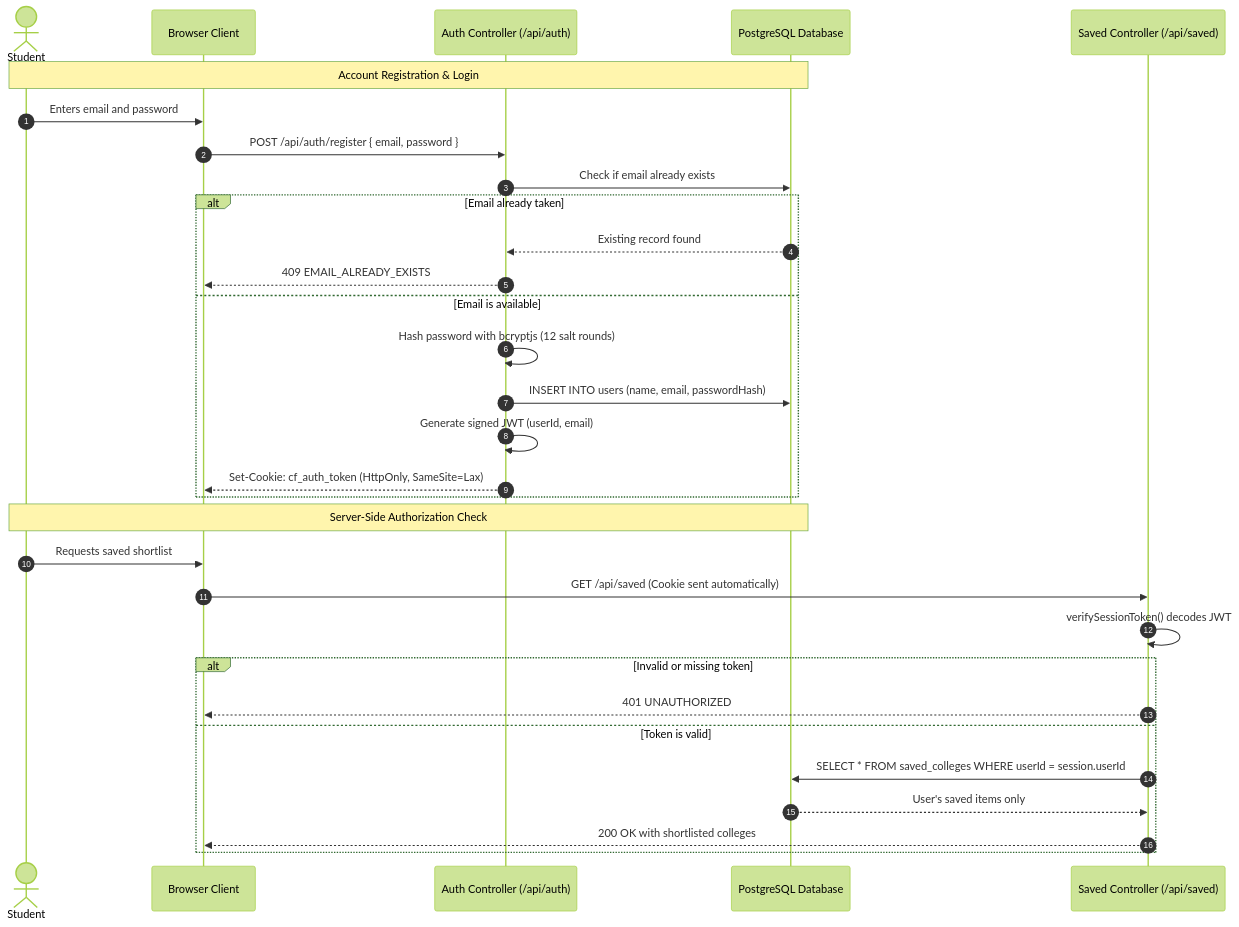
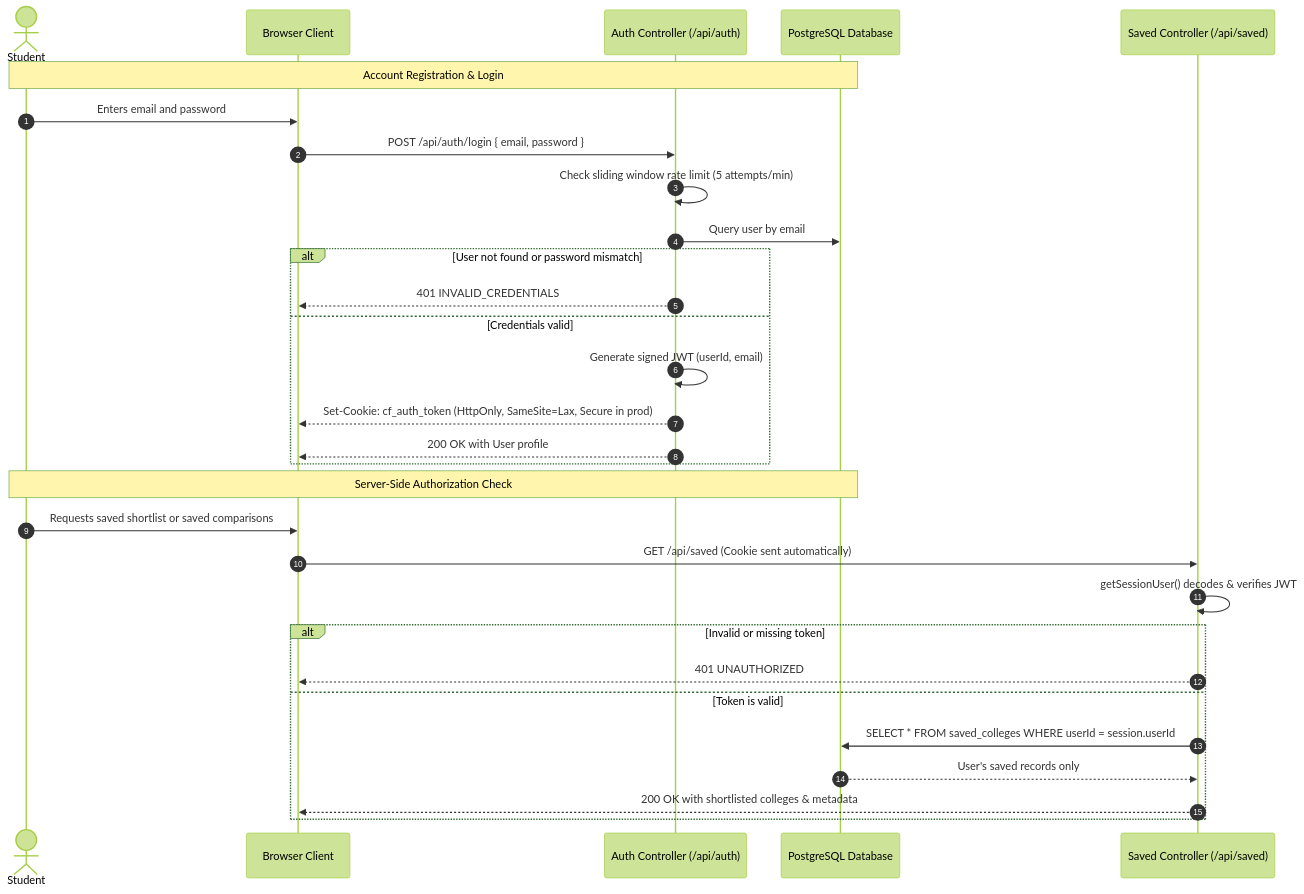
One commit to sheetanshumohan/College-Discovery-Platform changed the fourth of 4 diagrams in README.md. Above: the diagram before and after it, drawn with Mermaid (forest theme). The commit also changed other lines of this file and 7 other files, not shown here.

````diff
--- a/README.md
+++ b/README.md
@@ -256,35 +284,34 @@
 ```mermaid
 sequenceDiagram
     autonumber
     actor User as Student
     participant Browser as Browser Client
     participant AuthAPI as Auth Controller (/api/auth)
     participant DB as PostgreSQL Database
     participant ProtectedAPI as Saved Controller (/api/saved)
 
     Note over User, DB: Account Registration & Login
     User->>Browser: Enters email and password
-    Browser->>AuthAPI: POST /api/auth/register { email, password }
-    AuthAPI->>DB: Check if email already exists
-    alt Email already taken
-        DB-->>AuthAPI: Existing record found
-        AuthAPI-->>Browser: 409 EMAIL_ALREADY_EXISTS
-    else Email is available
-        AuthAPI->>AuthAPI: Hash password with bcryptjs (12 salt rounds)
-        AuthAPI->>DB: INSERT INTO users (name, email, passwordHash)
+    Browser->>AuthAPI: POST /api/auth/login { email, password }
+    AuthAPI->>AuthAPI: Check sliding window rate limit (5 attempts/min)
+    AuthAPI->>DB: Query user by email
+    alt User not found or password mismatch
+        AuthAPI-->>Browser: 401 INVALID_CREDENTIALS
+    else Credentials valid
         AuthAPI->>AuthAPI: Generate signed JWT (userId, email)
-        AuthAPI-->>Browser: Set-Cookie: cf_auth_token (HttpOnly, SameSite=Lax)
+        AuthAPI-->>Browser: Set-Cookie: cf_auth_token (HttpOnly, SameSite=Lax, Secure in prod)
+        AuthAPI-->>Browser: 200 OK with User profile
     end
 
     Note over User, DB: Server-Side Authorization Check
-    User->>Browser: Requests saved shortlist
+    User->>Browser: Requests saved shortlist or saved comparisons
     Browser->>ProtectedAPI: GET /api/saved (Cookie sent automatically)
-    ProtectedAPI->>ProtectedAPI: verifySessionToken() decodes JWT
+    ProtectedAPI->>ProtectedAPI: getSessionUser() decodes & verifies JWT
     alt Invalid or missing token
         ProtectedAPI-->>Browser: 401 UNAUTHORIZED
     else Token is valid
         ProtectedAPI->>DB: SELECT * FROM saved_colleges WHERE userId = session.userId
-        DB-->>ProtectedAPI: User's saved items only
-        ProtectedAPI-->>Browser: 200 OK with shortlisted colleges
+        DB-->>ProtectedAPI: User's saved records only
+        ProtectedAPI-->>Browser: 200 OK with shortlisted colleges & metadata
     end
 ```
````
